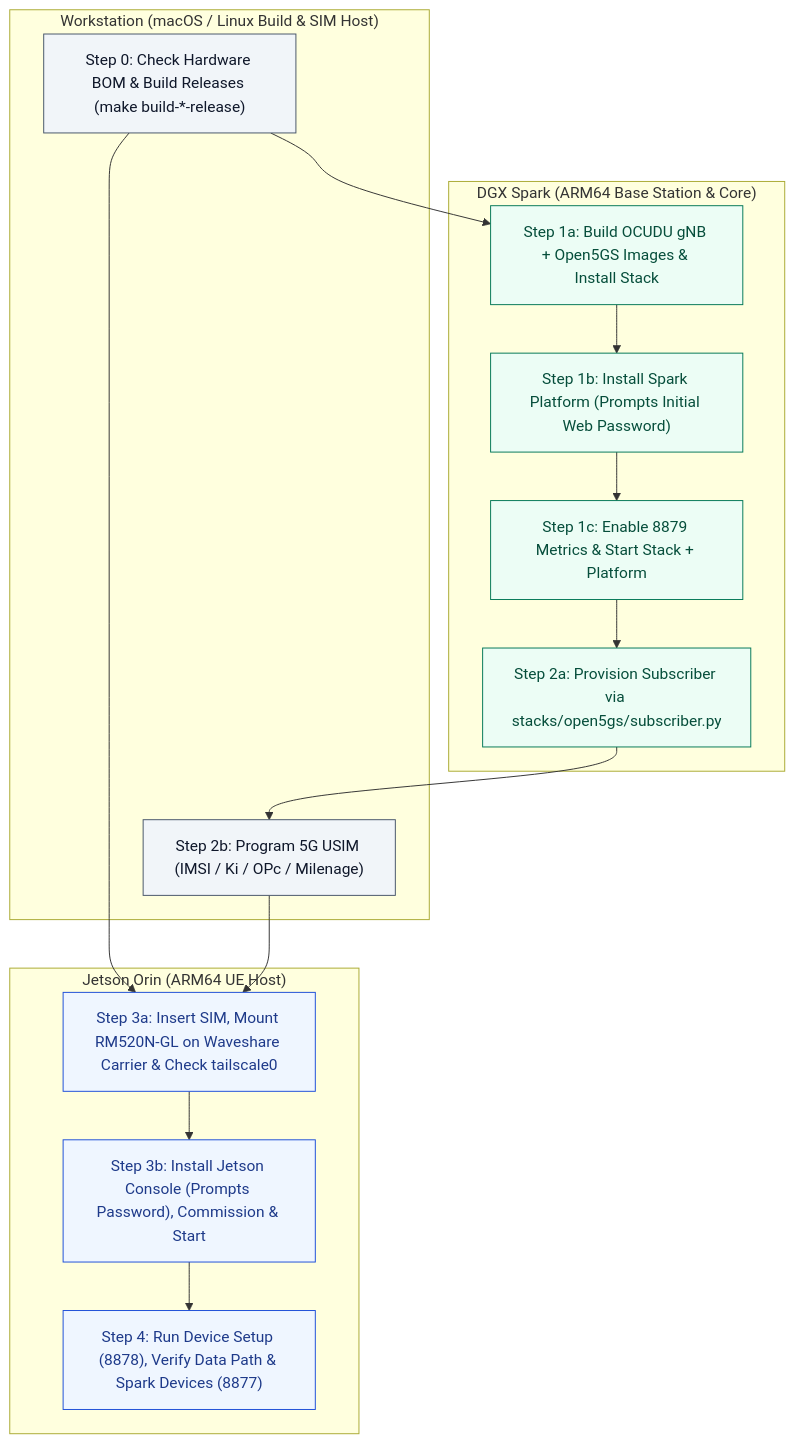
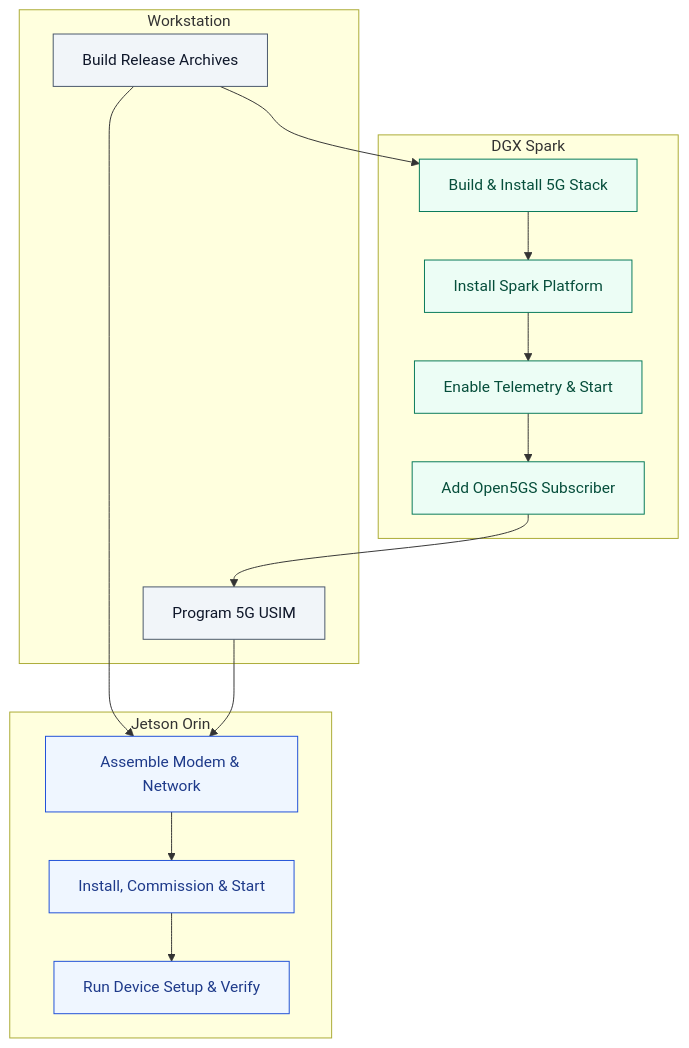
One commit to HKUOpenSource/OpenAirKit changed the diagram in docs/quickstart.md. Above: the diagram before and after it, drawn with Mermaid. The commit also changed other lines of this file and 48 other files, not shown here.

````diff
--- a/docs/quickstart.md
+++ b/docs/quickstart.md
@@ -12,31 +10,31 @@
 ```mermaid
 flowchart TD
   classDef ws fill:#f1f5f9,stroke:#475569,color:#0f172a
   classDef spark fill:#ecfdf5,stroke:#047857,color:#064e3b
   classDef jetson fill:#eff6ff,stroke:#1d4ed8,color:#1e3a8a
 
-  subgraph WS["Workstation (macOS / Linux Build & SIM Host)"]
-    S0["Step 0: Check Hardware BOM & Build Releases (make build-*-release)"]:::ws
-    S2B["Step 2b: Program 5G USIM (IMSI / Ki / OPc / Milenage)"]:::ws
+  subgraph WS["Workstation"]
+    S0["Build Release Archives"]:::ws
+    S2B["Program 5G USIM"]:::ws
   end
 
-  subgraph SPARK["DGX Spark (ARM64 Base Station & Core)"]
-    S1A["Step 1a: Build OCUDU gNB + Open5GS Images & Install Stack"]:::spark
-    S1B["Step 1b: Install Spark Platform (Prompts Initial Web Password)"]:::spark
-    S1C["Step 1c: Enable 8879 Metrics & Start Stack + Platform"]:::spark
-    S2A["Step 2a: Provision Subscriber via stacks/open5gs/subscriber.py"]:::spark
+  subgraph SPARK["DGX Spark"]
+    S1A["Build & Install 5G Stack"]:::spark
+    S1B["Install Spark Platform"]:::spark
+    S1C["Enable Telemetry & Start"]:::spark
+    S2A["Add Open5GS Subscriber"]:::spark
     S1A --> S1B --> S1C --> S2A
   end
 
-  subgraph JETSON["Jetson Orin (ARM64 UE Host)"]
-    S3A["Step 3a: Insert SIM, Mount RM520N-GL on Waveshare Carrier & Check tailscale0"]:::jetson
-    S3B["Step 3b: Install Jetson Console (Prompts Password), Commission & Start"]:::jetson
-    S4["Step 4: Run Device Setup (8878), Verify Data Path & Spark Devices (8877)"]:::jetson
+  subgraph JETSON["Jetson Orin"]
+    S3A["Assemble Modem & Network"]:::jetson
+    S3B["Install, Commission & Start"]:::jetson
+    S4["Run Device Setup & Verify"]:::jetson
     S3A --> S3B --> S4
   end
 
   S0 --> S1A
   S0 --> S3A
   S2A --> S2B
   S2B --> S3A
 ```
````
